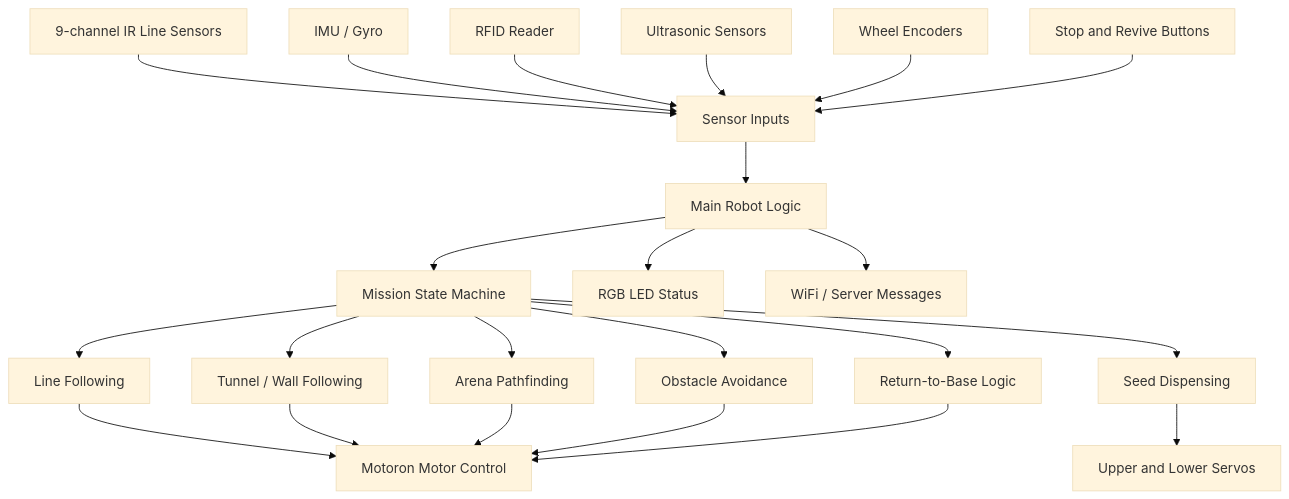
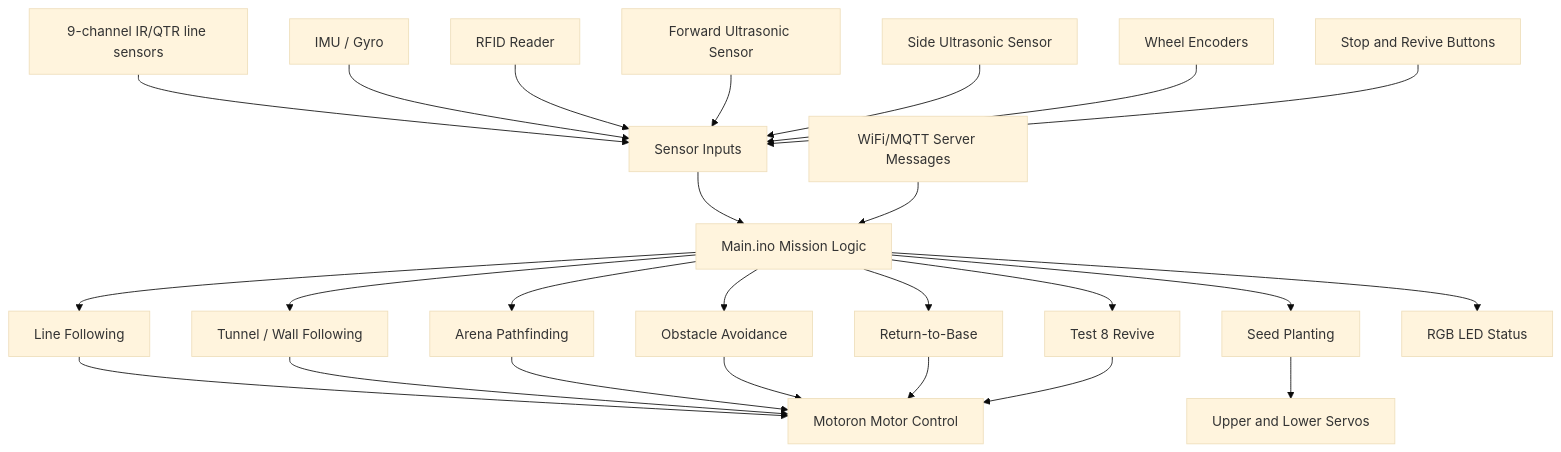
One commit to Nolanyu99/term3_robot changed the third of 14 diagrams in README.md. Above: the diagram before and after it, drawn with Mermaid (base theme). The commit also changed other lines of this file, not shown here.

````diff
--- a/README.md
+++ b/README.md
@@ -284,29 +391,31 @@
 ```mermaid
 flowchart TD
-    Sensors[Sensor Inputs] --> Logic[Main Robot Logic]
+    SENSORS[Sensor Inputs] --> MAIN[Main.ino Mission Logic]
 
-    IR[9-channel IR Line Sensors] --> Sensors
-    IMU[IMU / Gyro] --> Sensors
-    RFID[RFID Reader] --> Sensors
-    US[Ultrasonic Sensors] --> Sensors
-    ENC[Wheel Encoders] --> Sensors
-    Buttons[Stop and Revive Buttons] --> Sensors
+    IR[9-channel IR/QTR line sensors] --> SENSORS
+    IMU[IMU / Gyro] --> SENSORS
+    RFID[RFID Reader] --> SENSORS
+    USF[Forward Ultrasonic Sensor] --> SENSORS
+    USS[Side Ultrasonic Sensor] --> SENSORS
+    ENC[Wheel Encoders] --> SENSORS
+    BUTTONS[Stop and Revive Buttons] --> SENSORS
+    MQTT[WiFi/MQTT Server Messages] --> MAIN
 
-    Logic --> Mission[Mission State Machine]
-    Mission --> Line[Line Following]
-    Mission --> Tunnel[Tunnel / Wall Following]
-    Mission --> Arena[Arena Pathfinding]
-    Mission --> Avoid[Obstacle Avoidance]
-    Mission --> Return[Return-to-Base Logic]
-    Mission --> Planting[Seed Dispensing]
+    MAIN --> LINE[Line Following]
+    MAIN --> TUNNEL[Tunnel / Wall Following]
+    MAIN --> PATH[Arena Pathfinding]
+    MAIN --> AVOID[Obstacle Avoidance]
+    MAIN --> RETURN[Return-to-Base]
+    MAIN --> REVIVE[Test 8 Revive]
+    MAIN --> PLANT[Seed Planting]
 
-    Line --> Motors[Motoron Motor Control]
-    Tunnel --> Motors
-    Arena --> Motors
-    Avoid --> Motors
-    Return --> Motors
+    LINE --> MOTORS[Motoron Motor Control]
+    TUNNEL --> MOTORS
+    PATH --> MOTORS
+    AVOID --> MOTORS
+    RETURN --> MOTORS
+    REVIVE --> MOTORS
 
-    Planting --> Servos[Upper and Lower Servos]
-    Logic --> LED[RGB LED Status]
-    Logic --> Server[WiFi / Server Messages]
+    PLANT --> SERVOS[Upper and Lower Servos]
+    MAIN --> LED[RGB LED Status]
 ```
````
